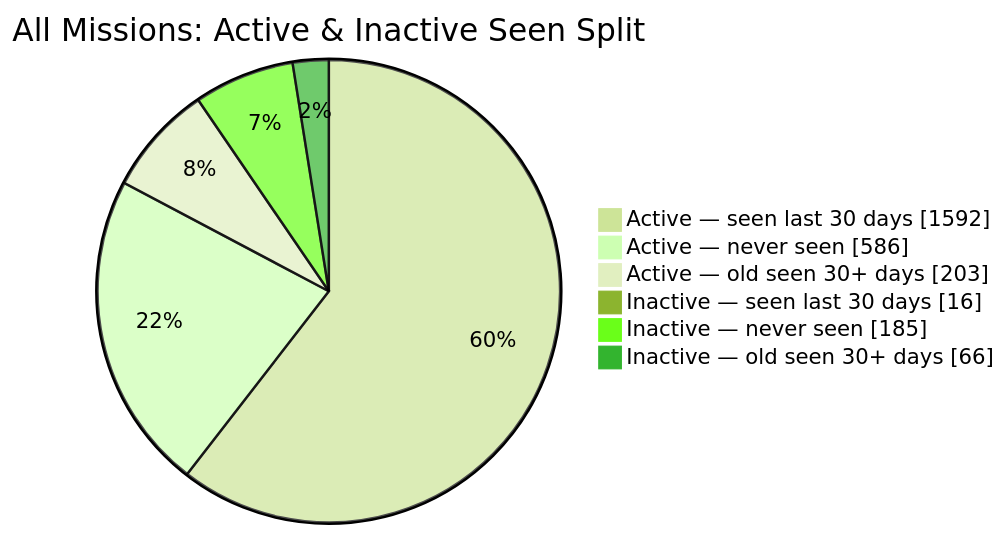
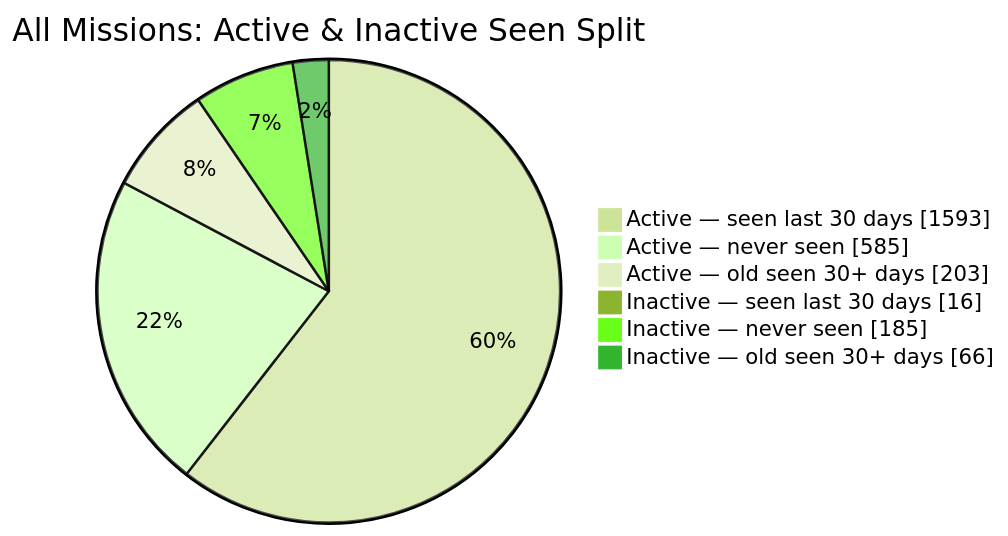
Before and after one commit to MeldkamerspelGameTeam/active-missions: the second of 2 diagrams in README.md, drawn with Mermaid (forest theme). The commit also changed other lines of this file and 2 other files, not shown here.

````diff
--- a/README.md
+++ b/README.md
@@ -44,10 +44,10 @@
 ```mermaid
 pie showData
     title All Missions: Active & Inactive Seen Split
-    "Active — seen last 30 days" : 1592
-    "Active — never seen" : 586
+    "Active — seen last 30 days" : 1593
+    "Active — never seen" : 585
     "Active — old seen 30+ days" : 203
     "Inactive — seen last 30 days" : 16
     "Inactive — never seen" : 185
     "Inactive — old seen 30+ days" : 66
 ```
````
